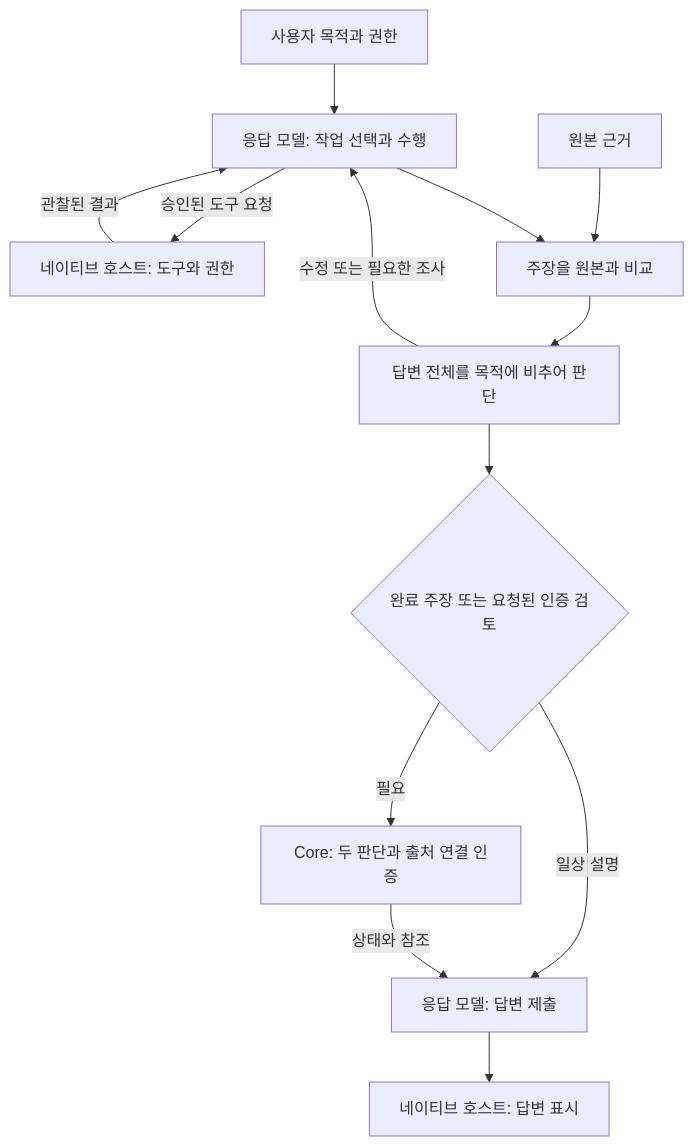
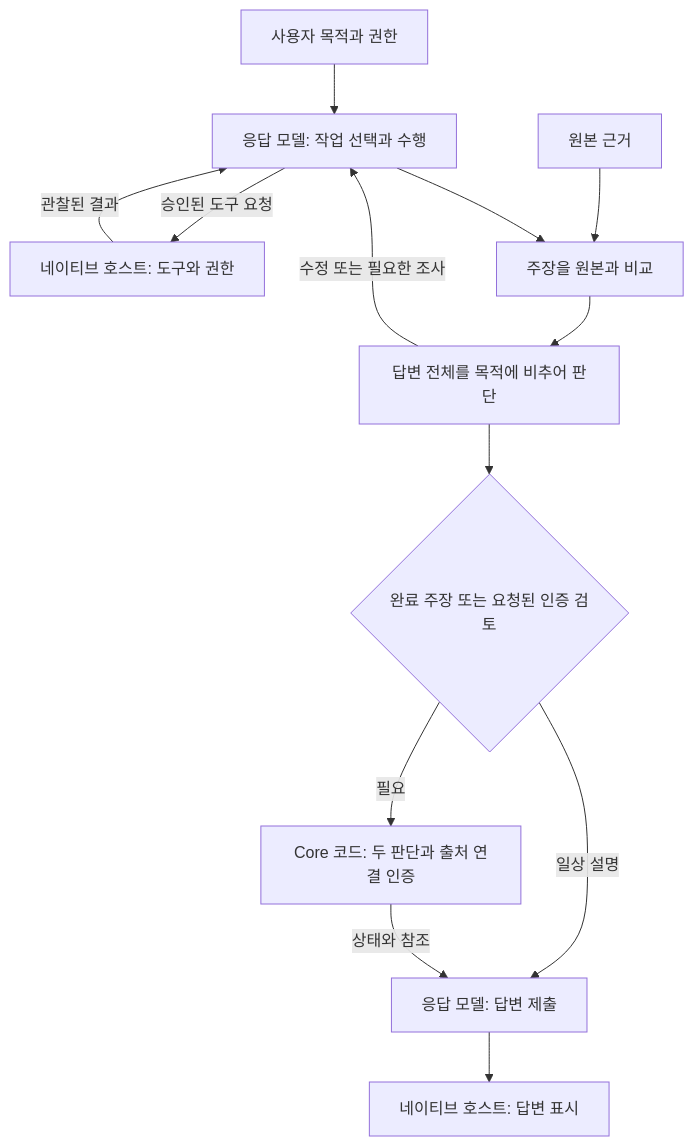
One commit to AidALL/ghost-alice changed the second of 5 diagrams in architecture_ko.md. Above: the diagram before and after it, drawn with Mermaid. The commit also changed other lines of this file and 40 other files, not shown here.

````diff
--- a/architecture_ko.md
+++ b/architecture_ko.md
@@ -16,15 +49,15 @@
 ```mermaid
 flowchart TD
   U["사용자 목적과 권한"] --> M["응답 모델: 작업 선택과 수행"]
   M -->|승인된 도구 요청| T["네이티브 호스트: 도구와 권한"]
   T -->|관찰된 결과| M
   O["원본 근거"] --> J["주장을 원본과 비교"]
   M --> J
   J --> W["답변 전체를 목적에 비추어 판단"]
   W -->|수정 또는 필요한 조사| M
   W --> R{"완료 주장 또는 요청된 인증 검토"}
-  R -->|필요| C["Core: 두 판단과 출처 연결 인증"]
+  R -->|필요| C["Core 코드: 두 판단과 출처 연결 인증"]
   R -->|일상 설명| D["응답 모델: 답변 제출"]
   C -->|상태와 참조| D
   D --> H["네이티브 호스트: 답변 표시"]
 ```
````
